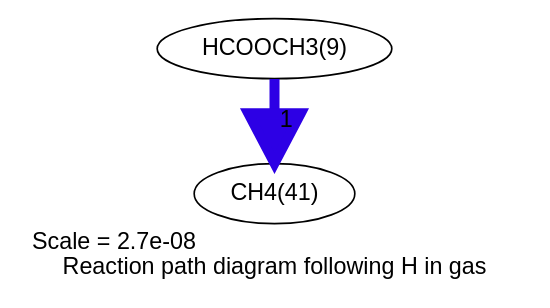
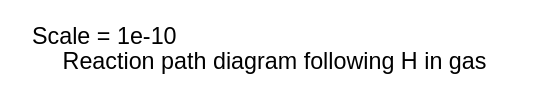
Before and after one commit to comocheng/meOH-analysis: the diagram in cantera_simulations/RMG_wDeut/reaction_path_H_gas.dot, drawn with Graphviz. The commit also changed 257 other files, not shown here.

```diff
--- a/cantera_simulations/RMG_wDeut/reaction_path_H_gas.dot
+++ b/cantera_simulations/RMG_wDeut/reaction_path_H_gas.dot
@@ -1,9 +1,5 @@
 digraph reaction_paths {
 center=1;
-s9 -> s10[fontname="Helvetica", penwidth=6, arrowsize=3, color="0.7, 1.5, 0.9"
-, label=" 1"];
-s9 [ fontname="Helvetica", label="HCOOCH3(9)"];
-s10 [ fontname="Helvetica", label="CH4(41)"];
- label = "Scale = 2.7e-08\l Reaction path diagram following H in gas";
+ label = "Scale = 1e-10\l Reaction path diagram following H in gas";
  fontname = "Helvetica";
 }
```
